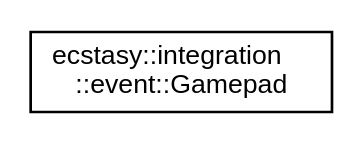
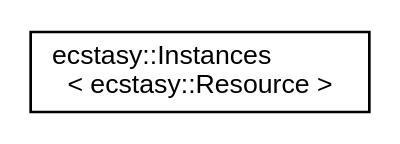
The diagram in inherit_graph_13.dot (AndreasLrx/ecstasy), drawn with Graphviz before and after one commit. The commit also changed 967 other files, not shown here.

```diff
--- a/inherit_graph_13.dot
+++ b/inherit_graph_13.dot
@@ -1,8 +1,8 @@
 digraph "Graphical Class Hierarchy"
 {
  // LATEX_PDF_SIZE
   edge [fontname="Helvetica",fontsize="10",labelfontname="Helvetica",labelfontsize="10"];
   node [fontname="Helvetica",fontsize="10",shape=record];
   rankdir="LR";
-  Node0 [label="ecstasy::integration\l::event::Gamepad",height=0.2,width=0.4,color="black", fillcolor="white", style="filled",URL="$classecstasy_1_1integration_1_1event_1_1_gamepad.html",tooltip="Current Gamepad state."];
+  Node0 [label="ecstasy::Instances\l\< ecstasy::Resource \>",height=0.2,width=0.4,color="black", fillcolor="white", style="filled",URL="$classecstasy_1_1_instances.html",tooltip=" "];
 }
```
